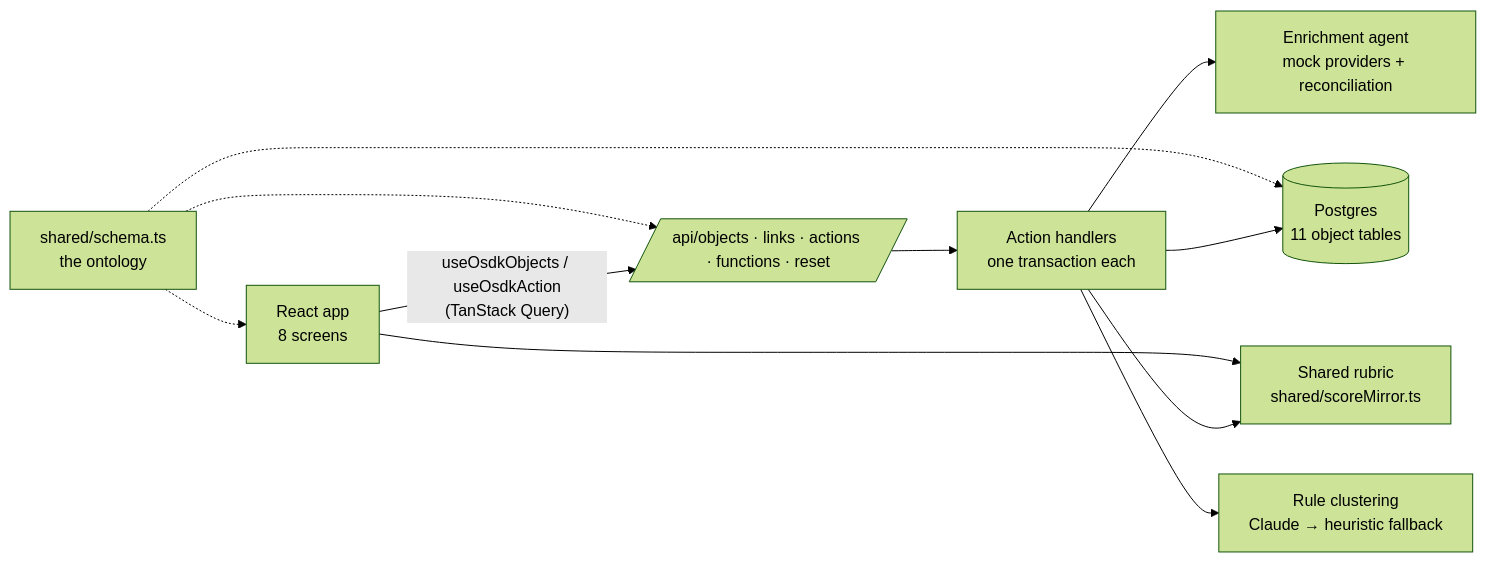
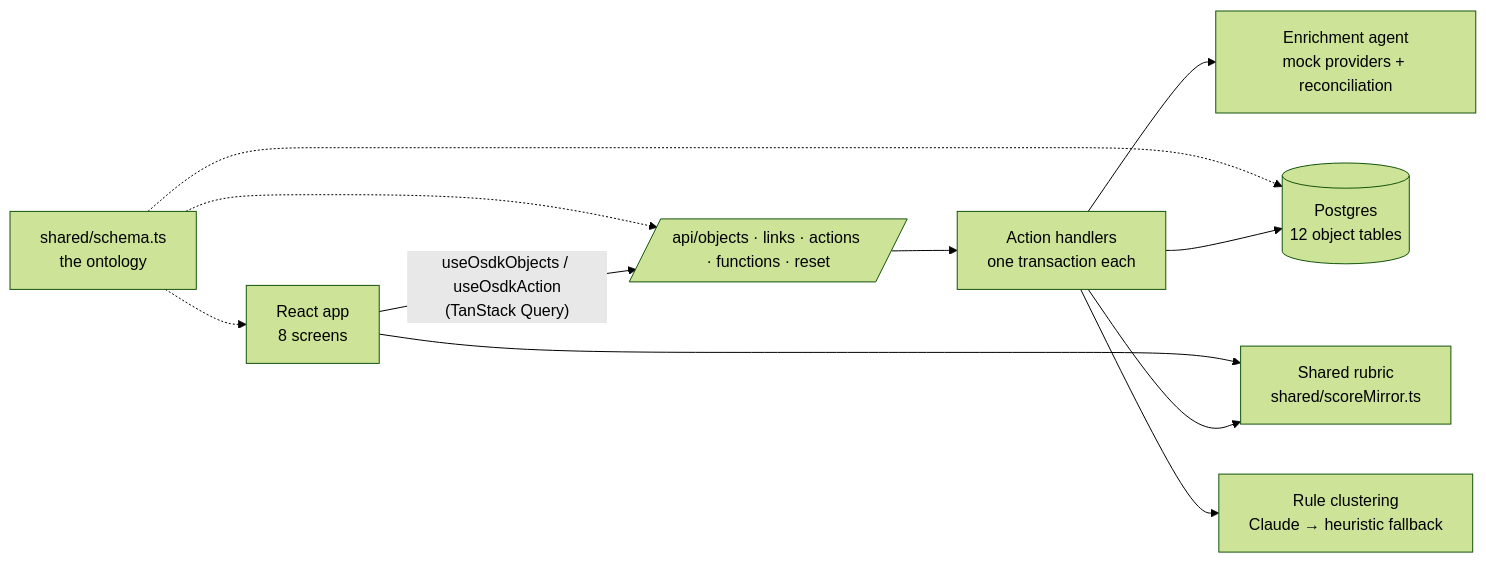
The first of 2 diagrams in docs/architecture.md (llukehanna/beacon), drawn with Mermaid (forest theme) before and after one commit. The commit also changed other lines of this file and 1 other file, not shown here.

Commit message:
Docs: object type and action counts

````diff
--- a/docs/architecture.md
+++ b/docs/architecture.md
@@ -5,13 +5,13 @@
 ```mermaid
 flowchart LR
   UI[React app<br/>8 screens] -- "useOsdkObjects / useOsdkAction<br/>(TanStack Query)" --> API[/api/objects · links · actions · functions · reset/]
   API --> Actions[Action handlers<br/>one transaction each]
   Actions --> Rubric[Shared rubric<br/>shared/scoreMirror.ts]
   UI --> Rubric
   Actions --> Agent[Enrichment agent<br/>mock providers + reconciliation]
   Actions --> Cluster[Rule clustering<br/>Claude → heuristic fallback]
-  Actions --> PG[(Postgres<br/>11 object tables)]
+  Actions --> PG[(Postgres<br/>12 object tables)]
   Schema[shared/schema.ts<br/>the ontology] -.-> PG
   Schema -.-> API
   Schema -.-> UI
 ```
````
